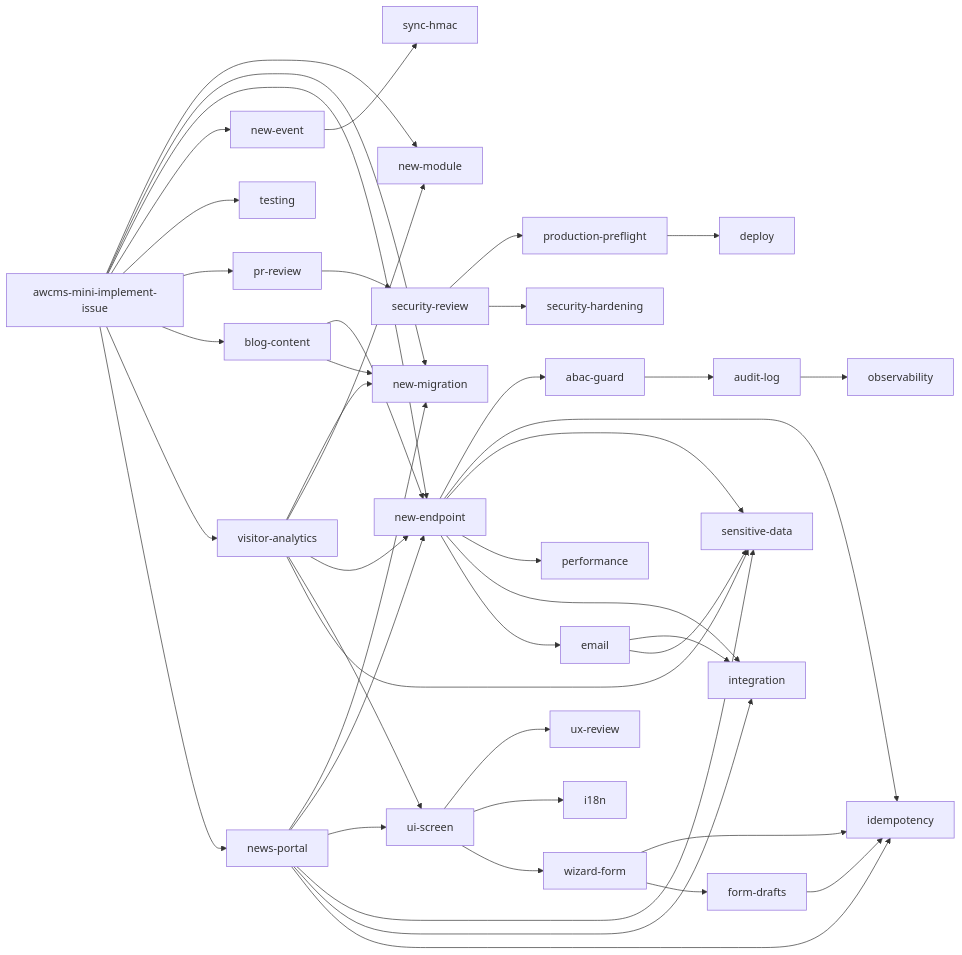
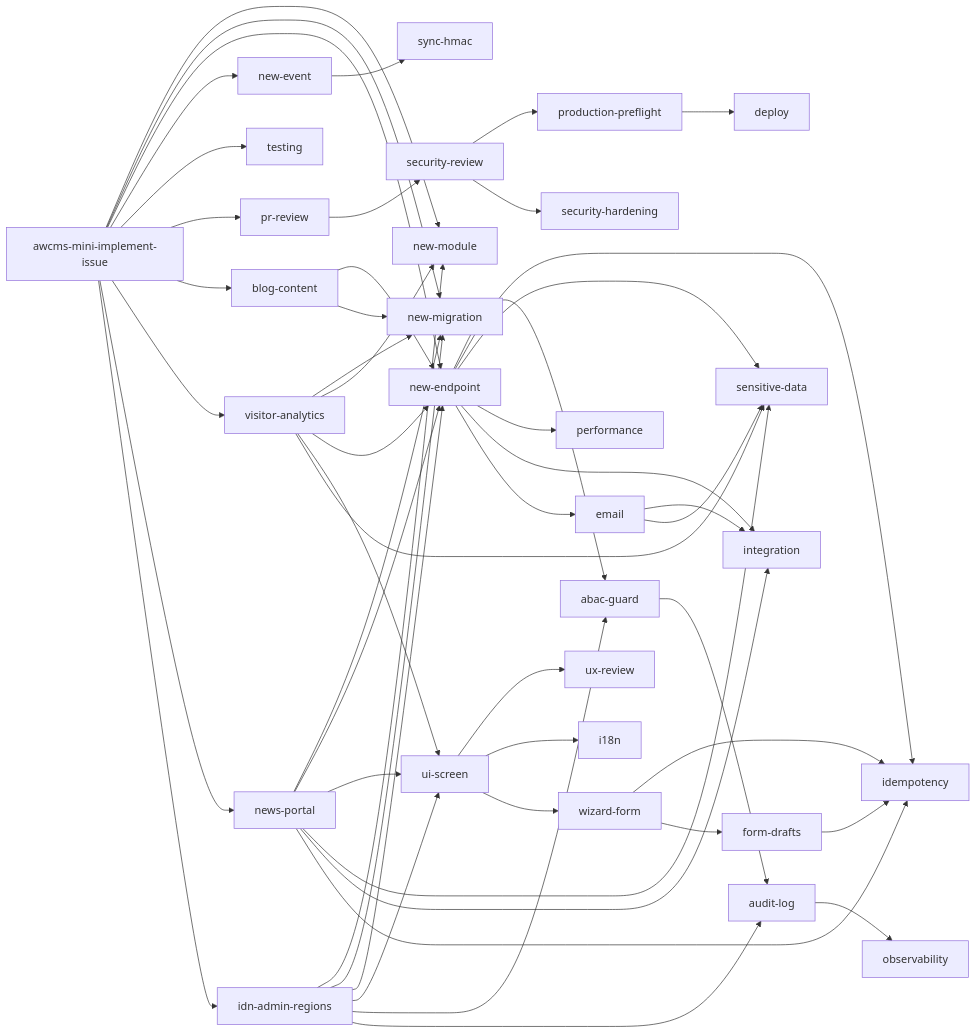
One commit to ahliweb/awcms-mini changed the third of 5 diagrams in AGENTS.md. Above: the diagram before and after it, drawn with Mermaid. The commit also changed other lines of this file and 15 other files, not shown here.

First line of the commit message:
feat(master-data): scaffold idn_admin_regions module (#723)

````diff
--- a/AGENTS.md
+++ b/AGENTS.md
@@ -143,44 +144,51 @@
 ```mermaid
 flowchart LR
   II[awcms-mini-implement-issue] --> NM[new-module]
   II --> MIG[new-migration]
   II --> EP[new-endpoint]
   II --> EV[new-event]
   II --> TST[testing]
   EP --> ABAC[abac-guard]
   EP --> IDEM[idempotency]
   ABAC --> AUD[audit-log]
   AUD --> OBS[observability]
   EP --> SD[sensitive-data]
   EV --> SYNC[sync-hmac]
   II --> PR[pr-review] --> SEC[security-review] --> PF[production-preflight]
   PF --> DEP[deploy]
   UI2[ui-screen] --> UXR[ux-review]
   UI2 --> I18N[i18n]
   UI2 --> WIZ[wizard-form]
   WIZ --> IDEM
   WIZ --> DRAFT[form-drafts]
   DRAFT --> IDEM
   EP --> PERF[performance]
   EP --> INT[integration]
   SEC --> HARD[security-hardening]
   EP --> EMAIL[email]
   EMAIL --> INT
   EMAIL --> SD
   II --> BLOG[blog-content]
   BLOG --> EP
   BLOG --> MIG
   II --> VA[visitor-analytics]
   VA --> MIG
   VA --> NM
   VA --> EP
   VA --> UI2
   VA --> SD
   II --> NP[news-portal]
   NP --> MIG
   NP --> EP
   NP --> UI2
   NP --> SD
   NP --> INT
   NP --> IDEM
+  II --> IDN[idn-admin-regions]
+  IDN --> NM
+  IDN --> MIG
+  IDN --> EP
+  IDN --> UI2
+  IDN --> ABAC
+  IDN --> AUD
 ```
````
